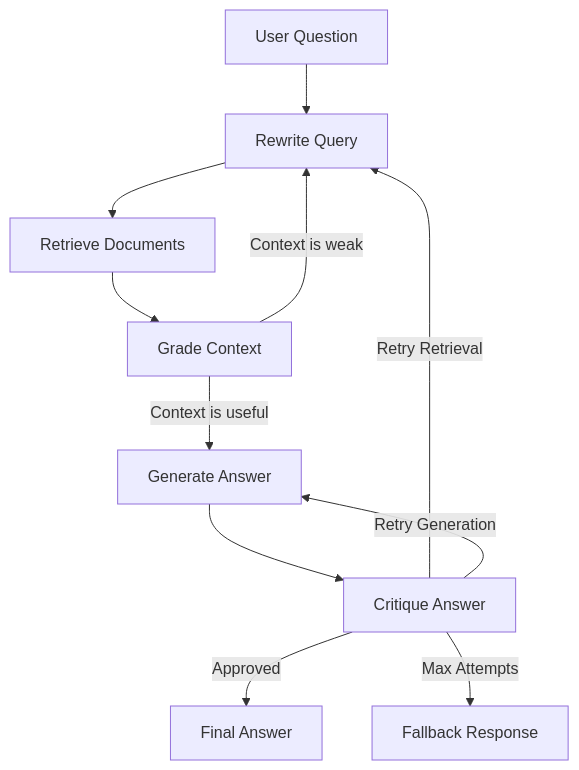
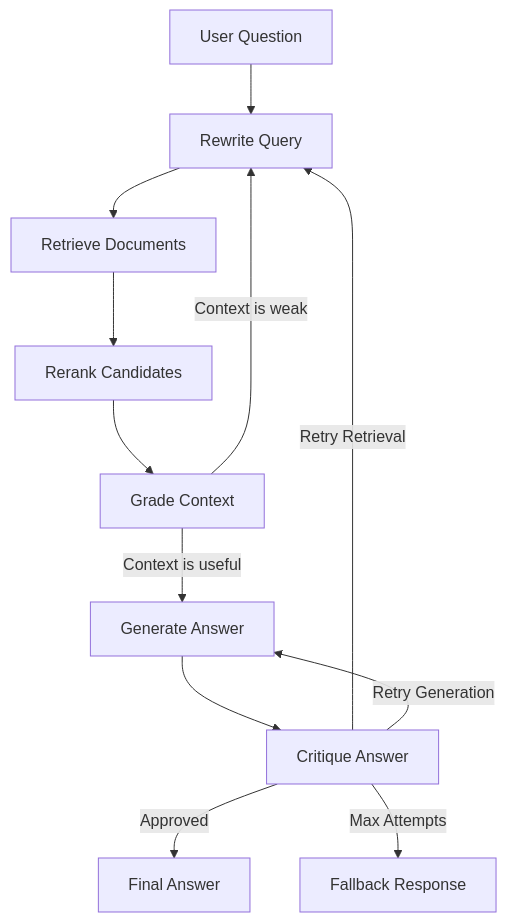
The diagram in README.md (RishikaReddyMusku/Selfhealingragpipeline), drawn with Mermaid before and after one commit. The commit also changed other lines of this file and 12 other files, not shown here.

````diff
--- a/README.md
+++ b/README.md
@@ -28,13 +28,14 @@
 ```mermaid
 flowchart TD
     A["User Question"] --> B["Rewrite Query"]
     B --> C["Retrieve Documents"]
-    C --> D["Grade Context"]
+    C --> R["Rerank Candidates"]
+    R --> D["Grade Context"]
     D -->|Context is useful| E["Generate Answer"]
     D -->|Context is weak| B
     E --> F["Critique Answer"]
     F -->|Approved| G["Final Answer"]
     F -->|Retry Retrieval| B
     F -->|Retry Generation| E
     F -->|Max Attempts| H["Fallback Response"]
 ```
````
